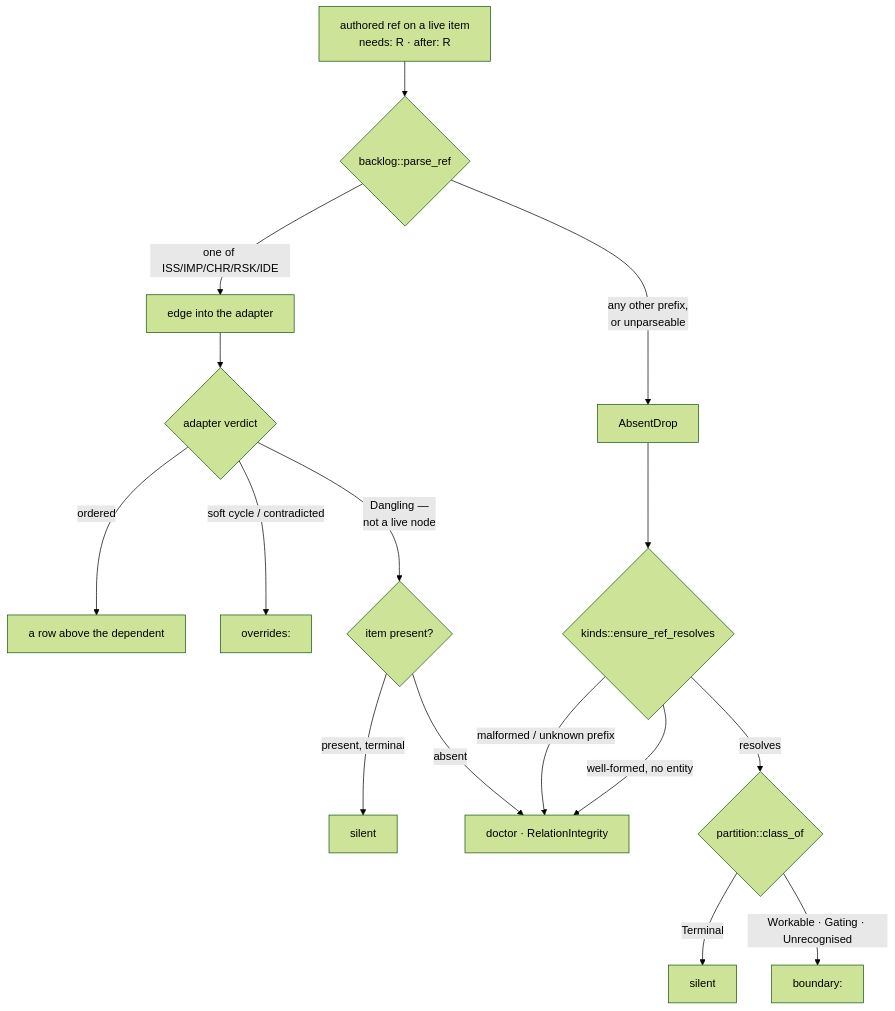
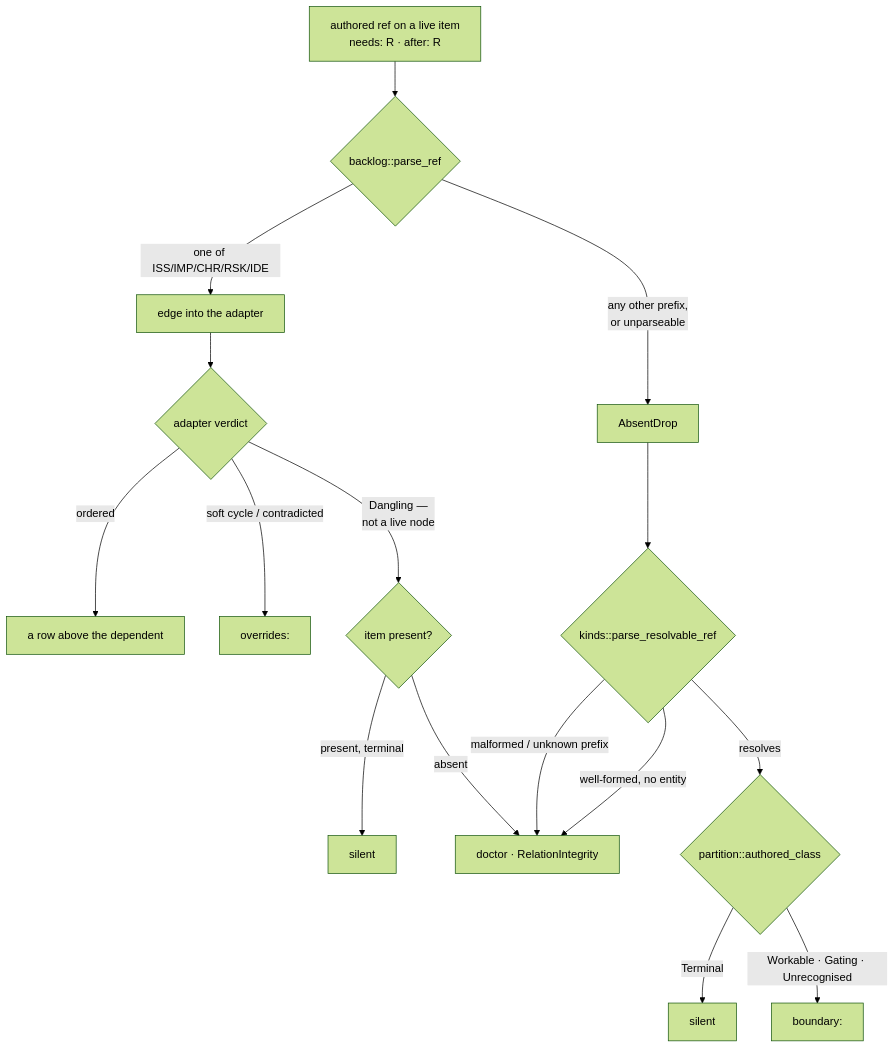
One commit to davidlee/doctrine changed the second of 2 diagrams in .doctrine/slice/238/design.md. Above: the diagram before and after it, drawn with Mermaid (forest theme). The commit also changed other lines of this file and 22 other files, not shown here.

````diff
--- a/.doctrine/slice/238/design.md
+++ b/.doctrine/slice/238/design.md
@@ -178,20 +211,20 @@
 ```mermaid
 flowchart TD
   R["authored ref on a live item<br/>needs: R  ·  after: R"] --> PR{"backlog::parse_ref"}
   PR -- "one of ISS/IMP/CHR/RSK/IDE" --> ADP["edge into the adapter"]
   PR -- "any other prefix,<br/>or unparseable" --> AD["AbsentDrop"]
 
   ADP --> OV{"adapter verdict"}
   OV -- "ordered" --> ROW["a row above the dependent"]
   OV -- "soft cycle / contradicted" --> FOOT["overrides:"]
   OV -- "Dangling —<br/>not a live node" --> DT{"item present?"}
   DT -- "present, terminal" --> NONE1["silent"]
   DT -- "absent" --> DOC["doctor · RelationIntegrity"]
 
-  AD --> CR{"kinds::ensure_ref_resolves"}
+  AD --> CR{"kinds::parse_resolvable_ref"}
   CR -- "malformed / unknown prefix" --> DOC
   CR -- "well-formed, no entity" --> DOC
-  CR -- "resolves" --> CL{"partition::class_of"}
+  CR -- "resolves" --> CL{"partition::authored_class"}
   CL -- "Terminal" --> NONE2["silent"]
   CL -- "Workable · Gating · Unrecognised" --> BND["boundary:"]
 ```
````
